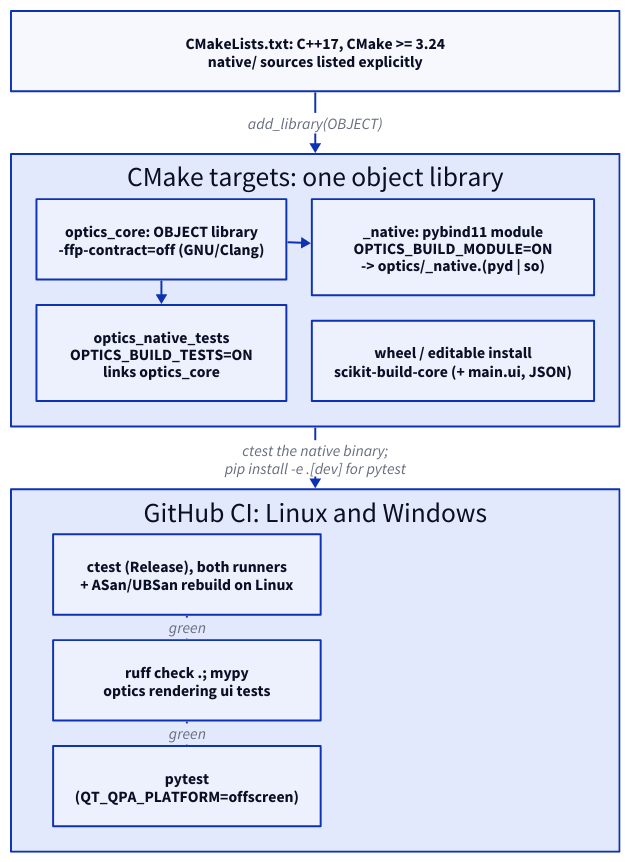
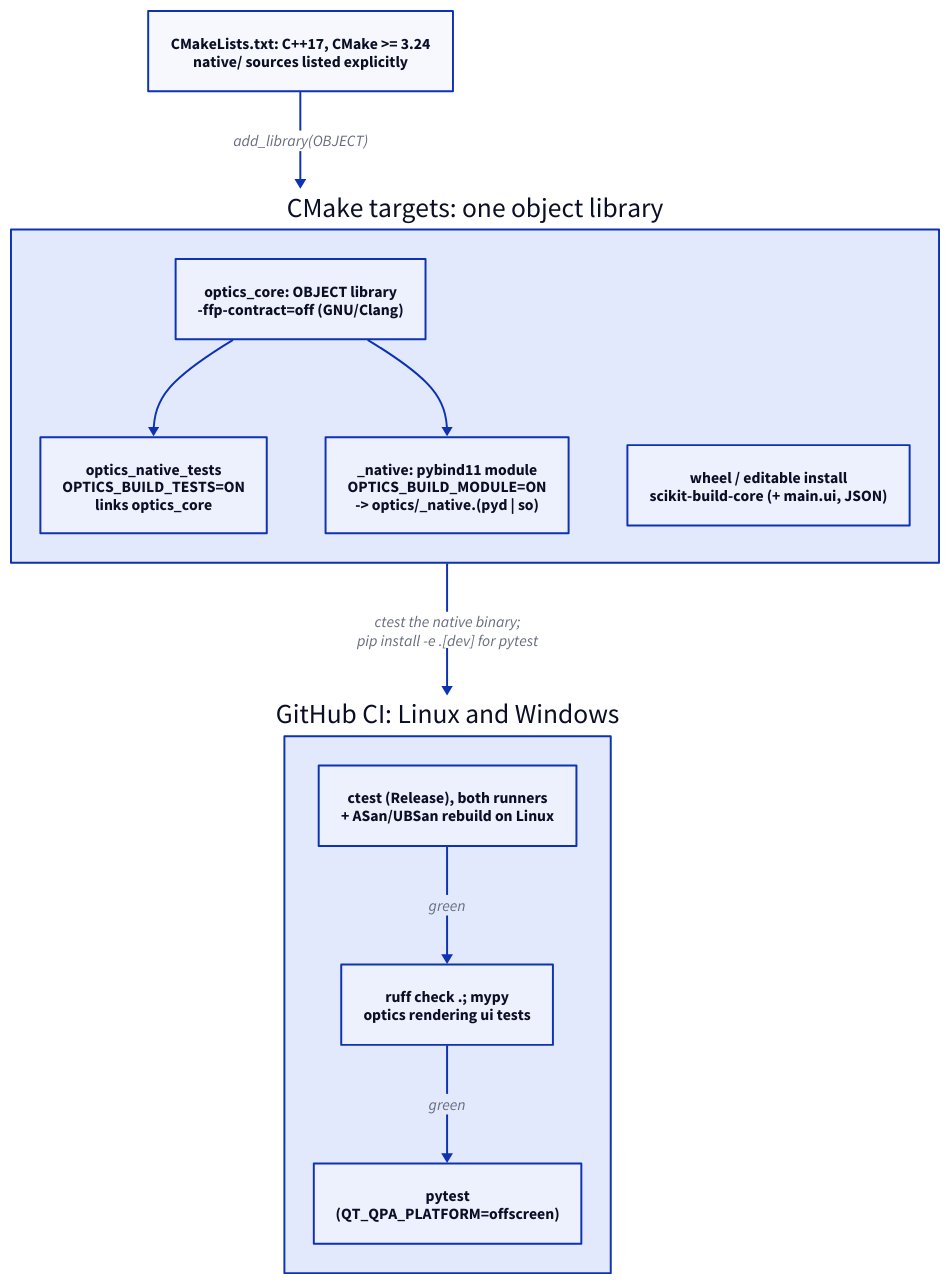
One commit to propane865/OpticsSimulator changed the diagram in docs/diagrams/build-pipeline.d2. Above: the diagram before and after it, drawn with D2. The commit also changed 14 other files, not shown here.

Commit message:
docs: update diagrams to be cleaner, include diagram regenerator script

```diff
--- a/docs/diagrams/build-pipeline.d2
+++ b/docs/diagrams/build-pipeline.d2
@@ -1,30 +1,27 @@
-grid-rows: 3
-grid-gap: 64
+direction: down
 
 cmake: "CMakeLists.txt: C++17, CMake >= 3.24\nnative/ sources listed explicitly"
 
 targets: "CMake targets: one object library" {
-  grid-columns: 2
-  grid-gap: 26
+  direction: right
   core: "optics_core: OBJECT library\n-ffp-contract=off (GNU/Clang)"
   ntests: "optics_native_tests\nOPTICS_BUILD_TESTS=ON\nlinks optics_core"
   mod: "_native: pybind11 module\nOPTICS_BUILD_MODULE=ON\n-> optics/_native.(pyd | so)"
   wheel: "wheel / editable install\nscikit-build-core (+ main.ui, JSON)"
 
   core -> ntests
   core -> mod
 }
 
 ci: "GitHub CI: Linux and Windows" {
-  grid-rows: 3
-  grid-gap: 26
+  direction: right
   ctest: "ctest (Release), both runners\n+ ASan/UBSan rebuild on Linux"
   lint: "ruff check .; mypy\noptics rendering ui tests"
   pytest: "pytest\n(QT_QPA_PLATFORM=offscreen)"
 
   ctest -> lint: green
   lint -> pytest: green
 }
 
 cmake -> targets: add_library(OBJECT)
 targets -> ci: "ctest the native binary;\npip install -e .[dev] for pytest"
```
